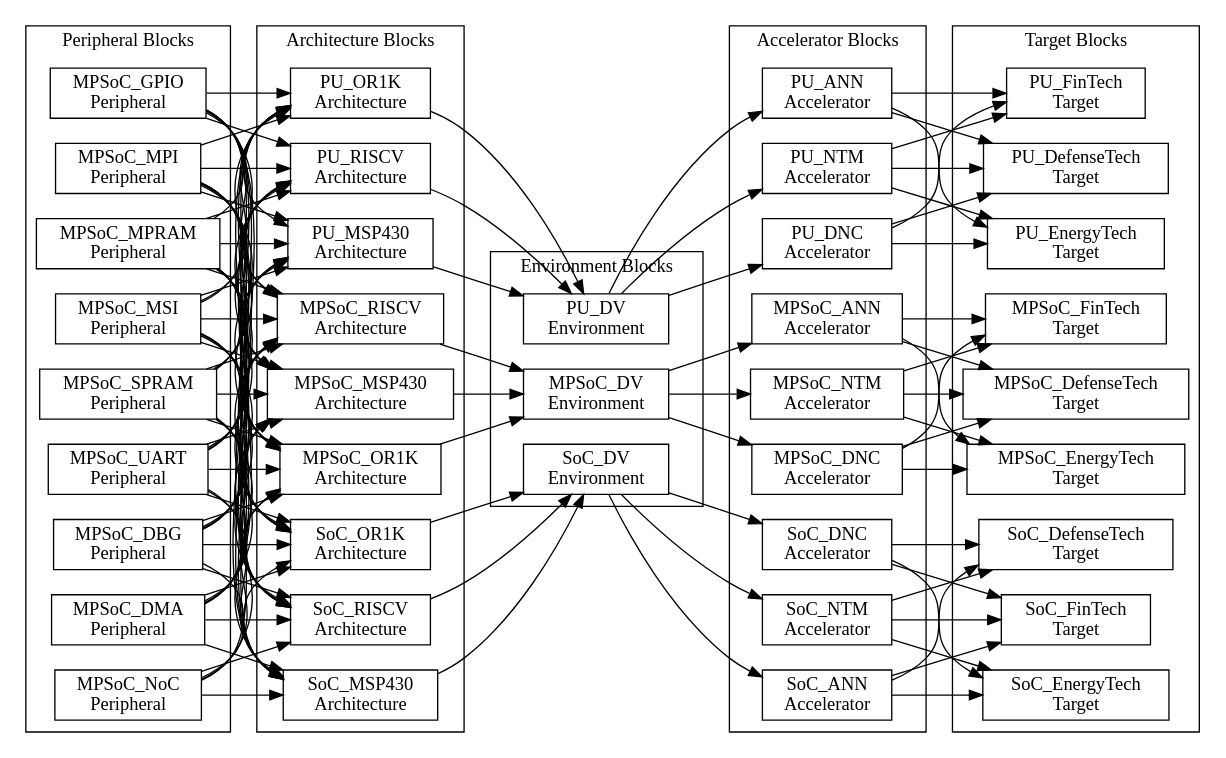
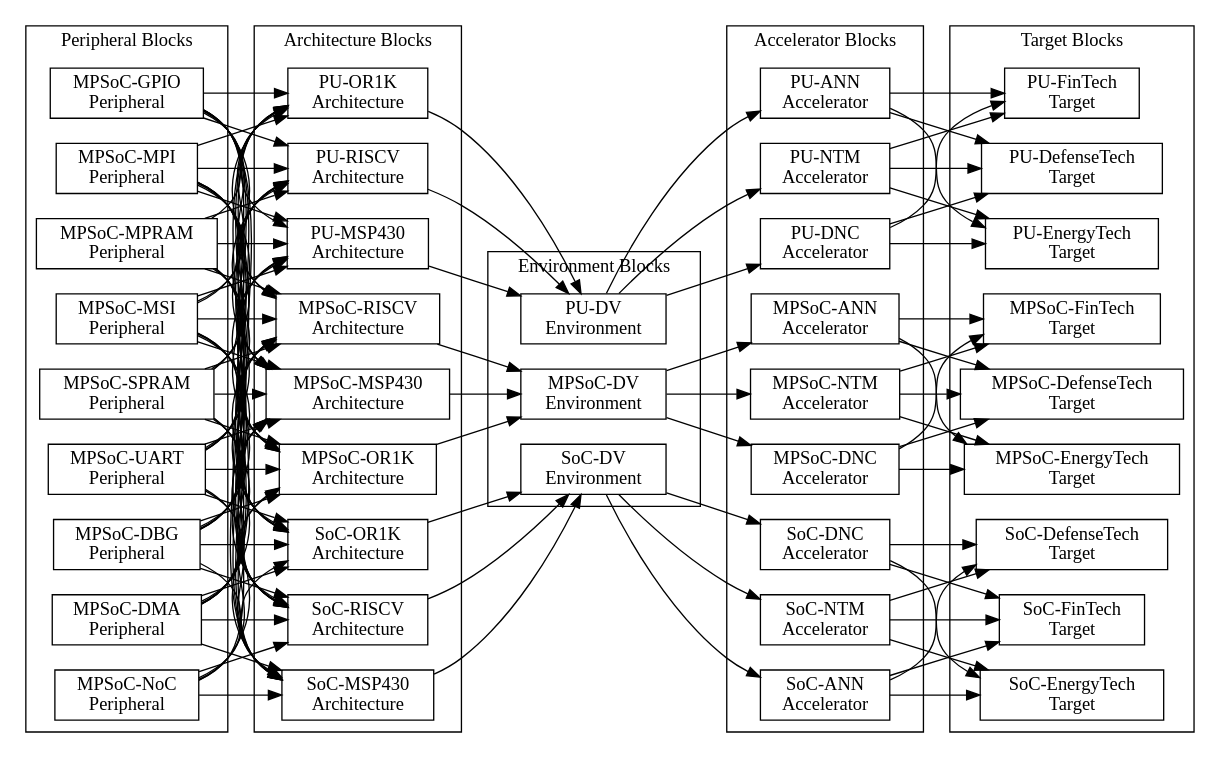
One commit to PacoReinaCampo/SoC-RTOS changed the diagram in lifecycle/devops/assets/chapter6/dependences-global.dot. Above: the diagram before and after it, drawn with Graphviz. The commit also changed 57 other files, not shown here.

```diff
--- a/lifecycle/devops/assets/chapter6/dependences-global.dot
+++ b/lifecycle/devops/assets/chapter6/dependences-global.dot
@@ -5,65 +5,65 @@
 
   // Peripheral Blocks
   subgraph "cluster PeripheralBlocks" { label = "Peripheral Blocks";
-    MPSoC_DBG[label="MPSoC_DBG \nPeripheral"];
-    MPSoC_DMA[label="MPSoC_DMA \nPeripheral"];
-    MPSoC_GPIO[label="MPSoC_GPIO \nPeripheral"];
-    MPSoC_MPI[label="MPSoC_MPI \nPeripheral"];
-    MPSoC_MPRAM[label="MPSoC_MPRAM \nPeripheral"];
-    MPSoC_MSI[label="MPSoC_MSI \nPeripheral"];
-    MPSoC_NoC[label="MPSoC_NoC \nPeripheral"];
-    MPSoC_SPRAM[label="MPSoC_SPRAM \nPeripheral"];
-    MPSoC_UART[label="MPSoC_UART \nPeripheral"];
+    MPSoC_DBG[label="MPSoC-DBG \nPeripheral"];
+    MPSoC_DMA[label="MPSoC-DMA \nPeripheral"];
+    MPSoC_GPIO[label="MPSoC-GPIO \nPeripheral"];
+    MPSoC_MPI[label="MPSoC-MPI \nPeripheral"];
+    MPSoC_MPRAM[label="MPSoC-MPRAM \nPeripheral"];
+    MPSoC_MSI[label="MPSoC-MSI \nPeripheral"];
+    MPSoC_NoC[label="MPSoC-NoC \nPeripheral"];
+    MPSoC_SPRAM[label="MPSoC-SPRAM \nPeripheral"];
+    MPSoC_UART[label="MPSoC-UART \nPeripheral"];
   }
 
   // Architecture Blocks
   subgraph "cluster ArchitectureBlocks" { label = "Architecture Blocks";
-    MPSoC_MSP430[label="MPSoC_MSP430 \nArchitecture"];
-    MPSoC_OR1K[label="MPSoC_OR1K \nArchitecture"];
-    MPSoC_RISCV[label="MPSoC_RISCV \nArchitecture"];
-    SoC_MSP430[label="SoC_MSP430 \nArchitecture"];
-    SoC_OR1K[label="SoC_OR1K \nArchitecture"];
-    SoC_RISCV[label="SoC_RISCV \nArchitecture"];
-    PU_MSP430[label="PU_MSP430 \nArchitecture"];
-    PU_OR1K[label="PU_OR1K \nArchitecture"];
-    PU_RISCV[label="PU_RISCV \nArchitecture"];
+    MPSoC_MSP430[label="MPSoC-MSP430 \nArchitecture"];
+    MPSoC_OR1K[label="MPSoC-OR1K \nArchitecture"];
+    MPSoC_RISCV[label="MPSoC-RISCV \nArchitecture"];
+    SoC_MSP430[label="SoC-MSP430 \nArchitecture"];
+    SoC_OR1K[label="SoC-OR1K \nArchitecture"];
+    SoC_RISCV[label="SoC-RISCV \nArchitecture"];
+    PU_MSP430[label="PU-MSP430 \nArchitecture"];
+    PU_OR1K[label="PU-OR1K \nArchitecture"];
+    PU_RISCV[label="PU-RISCV \nArchitecture"];
   }
 
   // Environment Blocks
   subgraph "cluster EnvironmentBlocks" { label = "Environment Blocks";
-    MPSoC_DV[label="MPSoC_DV \nEnvironment"];
-    SoC_DV[label="SoC_DV \nEnvironment"];
-    PU_DV[label="PU_DV \nEnvironment"];
+    MPSoC_DV[label="MPSoC-DV \nEnvironment"];
+    SoC_DV[label="SoC-DV \nEnvironment"];
+    PU_DV[label="PU-DV \nEnvironment"];
   }
 
   // Accelerator Blocks
   subgraph "cluster AcceleratorBlocks" { label = "Accelerator Blocks";
-    MPSoC_NTM[label="MPSoC_NTM \nAccelerator"];
-    SoC_NTM[label="SoC_NTM \nAccelerator"];
-    PU_NTM[label="PU_NTM \nAccelerator"];
+    MPSoC_NTM[label="MPSoC-NTM \nAccelerator"];
+    SoC_NTM[label="SoC-NTM \nAccelerator"];
+    PU_NTM[label="PU-NTM \nAccelerator"];
 
-    MPSoC_DNC[label="MPSoC_DNC \nAccelerator"];
-    SoC_DNC[label="SoC_DNC \nAccelerator"];
-    PU_DNC[label="PU_DNC \nAccelerator"];
+    MPSoC_DNC[label="MPSoC-DNC \nAccelerator"];
+    SoC_DNC[label="SoC-DNC \nAccelerator"];
+    PU_DNC[label="PU-DNC \nAccelerator"];
 
-    MPSoC_ANN[label="MPSoC_ANN \nAccelerator"];
-    SoC_ANN[label="SoC_ANN \nAccelerator"];
-    PU_ANN[label="PU_ANN \nAccelerator"];
+    MPSoC_ANN[label="MPSoC-ANN \nAccelerator"];
+    SoC_ANN[label="SoC-ANN \nAccelerator"];
+    PU_ANN[label="PU-ANN \nAccelerator"];
   }
 
   // Target Blocks
   subgraph "cluster TargetBlocks" { label = "Target Blocks";
-    MPSoC_EnergyTech[label="MPSoC_EnergyTech \nTarget"];
-    SoC_EnergyTech[label="SoC_EnergyTech \nTarget"];
-    PU_EnergyTech[label="PU_EnergyTech \nTarget"];
+    MPSoC_EnergyTech[label="MPSoC-EnergyTech \nTarget"];
+    SoC_EnergyTech[label="SoC-EnergyTech \nTarget"];
+    PU_EnergyTech[label="PU-EnergyTech \nTarget"];
 
-    MPSoC_FinTech[label="MPSoC_FinTech \nTarget"];
-    SoC_FinTech[label="SoC_FinTech \nTarget"];
-    PU_FinTech[label="PU_FinTech \nTarget"];
+    MPSoC_FinTech[label="MPSoC-FinTech \nTarget"];
+    SoC_FinTech[label="SoC-FinTech \nTarget"];
+    PU_FinTech[label="PU-FinTech \nTarget"];
 
-    MPSoC_DefenseTech[label="MPSoC_DefenseTech \nTarget"];
-    SoC_DefenseTech[label="SoC_DefenseTech \nTarget"];
-    PU_DefenseTech[label="PU_DefenseTech \nTarget"];
+    MPSoC_DefenseTech[label="MPSoC-DefenseTech \nTarget"];
+    SoC_DefenseTech[label="SoC-DefenseTech \nTarget"];
+    PU_DefenseTech[label="PU-DefenseTech \nTarget"];
   }
 
   // Peripheral -> Architecture
```
